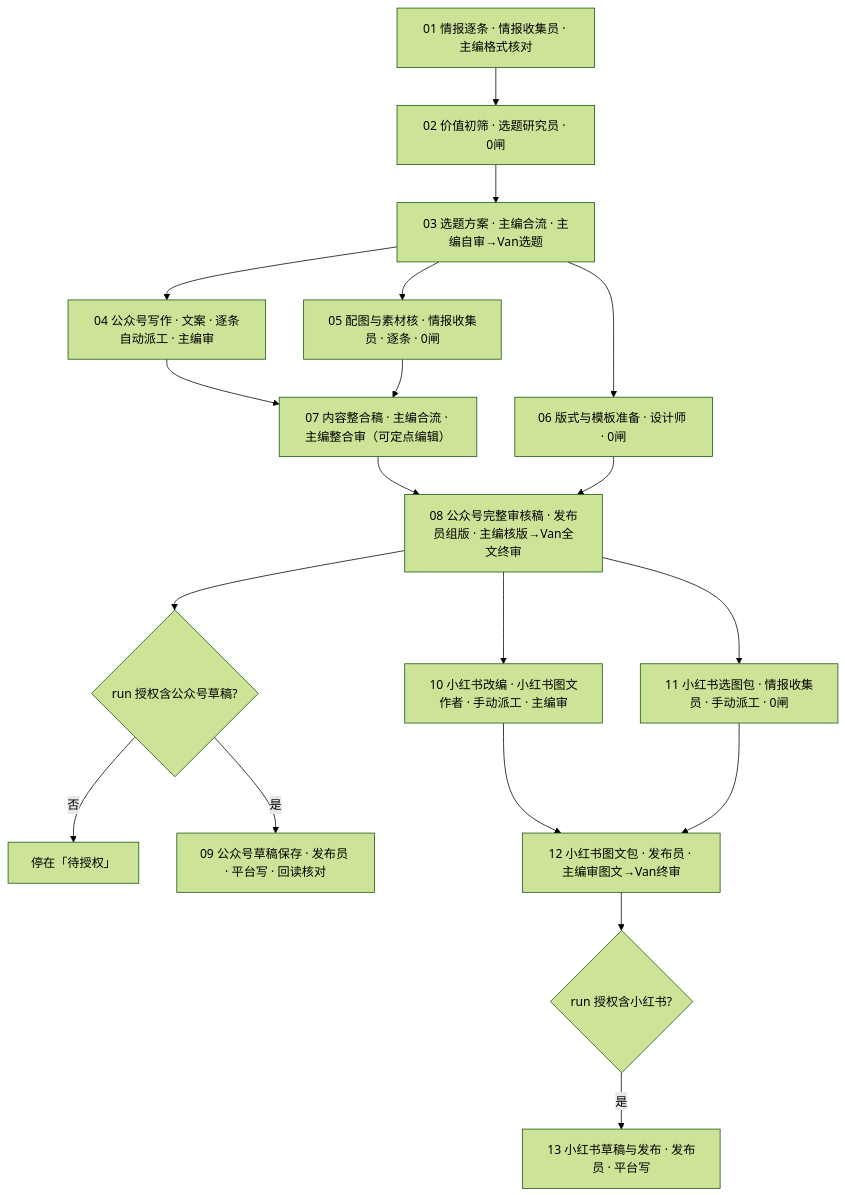
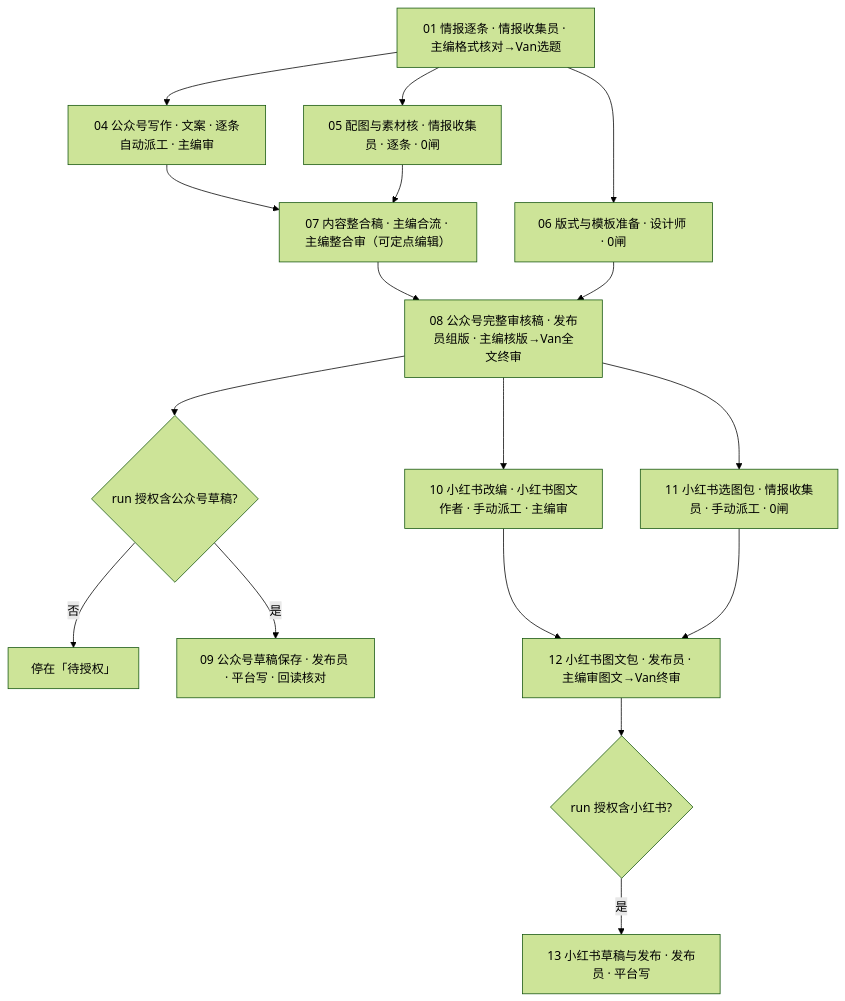
One commit to azure1489/csw-agent-team changed the diagram in docs/资讯日更_全流程.md. Above: the diagram before and after it, drawn with Mermaid (forest theme). The commit also changed other lines of this file and 31 other files, not shown here.

````diff
--- a/docs/资讯日更_全流程.md
+++ b/docs/资讯日更_全流程.md
@@ -48,21 +47,19 @@
 ```mermaid
 flowchart TD
-  A[01 情报逐条 · 情报收集员 · 主编格式核对] --> B[02 价值初筛 · 选题研究员 · 0闸]
-  B --> C[03 选题方案 · 主编合流 · 主编自审→Van选题]
-  C --> D[04 公众号写作 · 文案 · 逐条自动派工 · 主编审]
-  C --> E[05 配图与素材核 · 情报收集员 · 逐条 · 0闸]
-  C --> F[06 版式与模板准备 · 设计师 · 0闸]
+  A[01 情报逐条 · 情报收集员 · 主编格式核对→Van选题] --> D[04 公众号写作 · 文案 · 逐条自动派工 · 主编审]
+  A --> E[05 配图与素材核 · 情报收集员 · 逐条 · 0闸]
+  A --> F[06 版式与模板准备 · 设计师 · 0闸]
   D --> G[07 内容整合稿 · 主编合流 · 主编整合审（可定点编辑）]
   E --> G
   G --> H[08 公众号完整审核稿 · 发布员组版 · 主编核版→Van全文终审]
   F --> H
   H --> I{run 授权含公众号草稿?}
   I -->|否| I0[停在「待授权」]
   I -->|是| J[09 公众号草稿保存 · 发布员 · 平台写 · 回读核对]
   H --> K[10 小红书改编 · 小红书图文作者 · 手动派工 · 主编审]
   H --> L[11 小红书选图包 · 情报收集员 · 手动派工 · 0闸]
   K --> M[12 小红书图文包 · 发布员 · 主编审图文→Van终审]
   L --> M
   M --> N{run 授权含小红书?}
   N -->|是| O[13 小红书草稿与发布 · 发布员 · 平台写]
 ```
````
